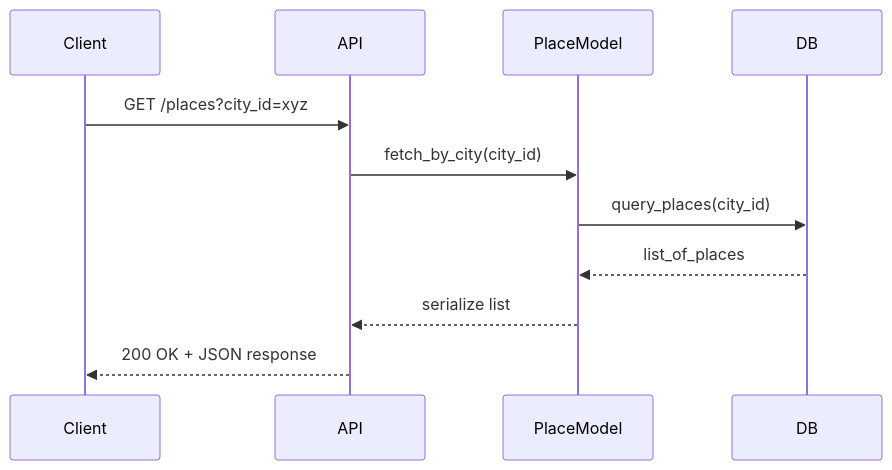
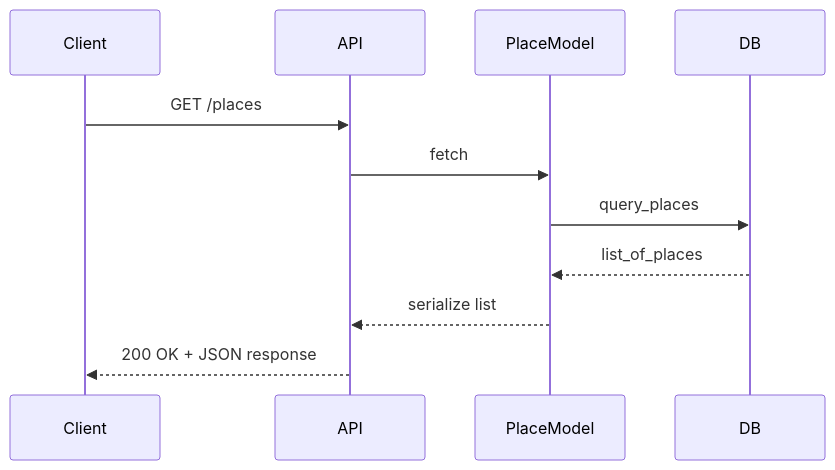
Before and after one commit to Saad5840/holbertonschool-hbnb: the fourth of 4 diagrams in part1/2-sequence_diagrams_api_calls.md, drawn with Mermaid.

Commit message:
add sequence diagrams for API endpoints

````diff
--- a/part1/2-sequence_diagrams_api_calls.md
+++ b/part1/2-sequence_diagrams_api_calls.md
@@ -48,14 +48,14 @@
 ```mermaid
 sequenceDiagram
     participant Client
     participant API
     participant PlaceModel
     participant DB
 
-    Client->>API: GET /places?city_id=xyz
-    API->>PlaceModel: fetch_by_city(city_id)
-    PlaceModel->>DB: query_places(city_id)
+    Client->>API: GET /places
+    API->>PlaceModel: fetch
+    PlaceModel->>DB: query_places
     DB-->>PlaceModel: list_of_places
     PlaceModel-->>API: serialize list
     API-->>Client: 200 OK + JSON response
 ```
````
